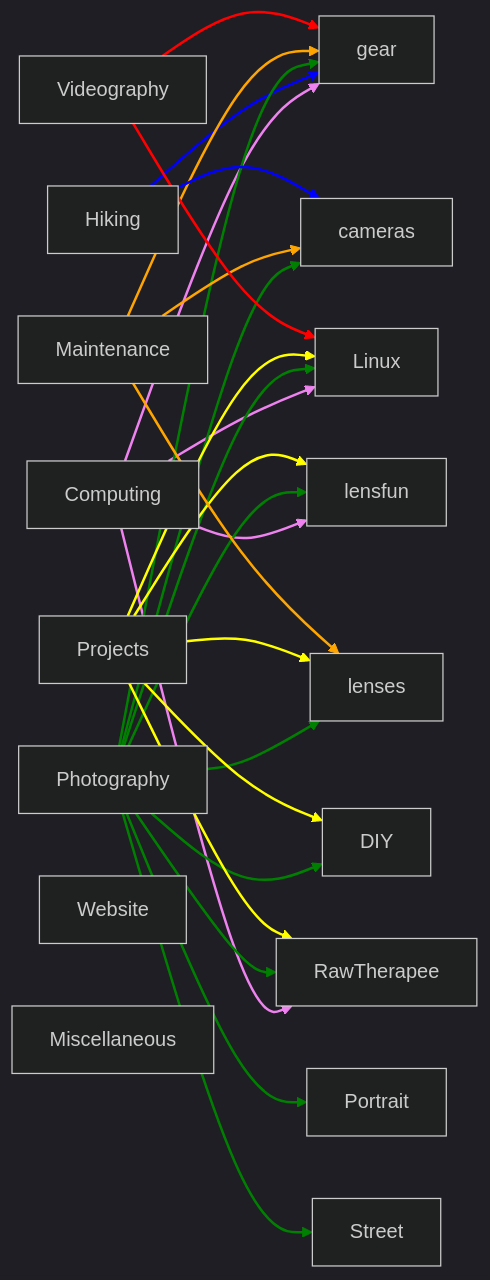
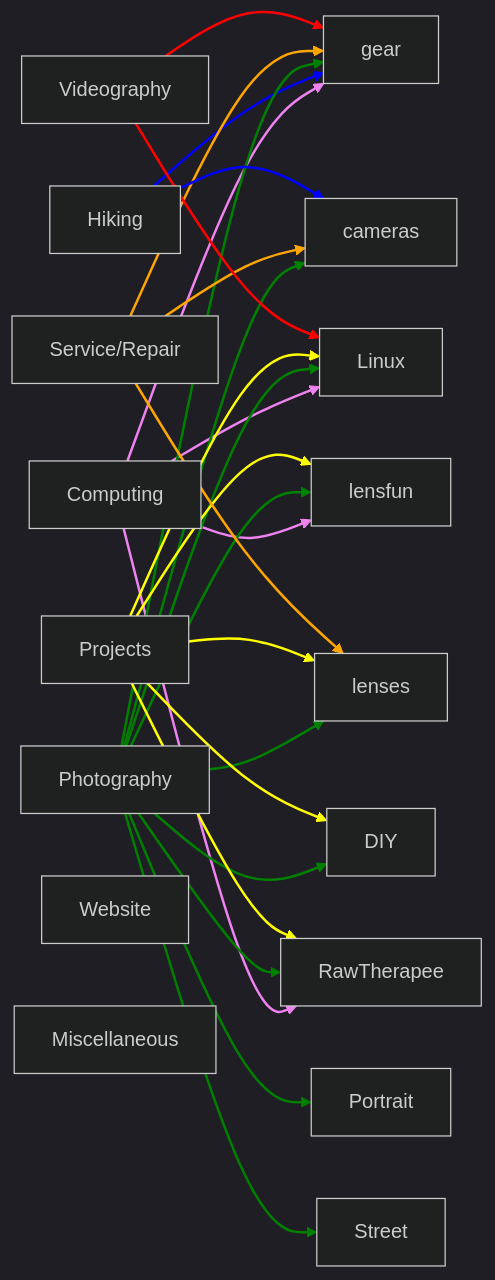
Before and after one commit to martbetz/martbetz.github.io: the diagram in post-tree.md, drawn with Mermaid.

````diff
--- a/post-tree.md
+++ b/post-tree.md
@@ -7,68 +7,68 @@
 ```mermaid
 
 %%{init: {'theme':'dark'}}%%
 
     graph LR
    
     A["Computing"] --> 4["gear"]
     A["Computing"] --> 5["lensfun"]
     A["Computing"] --> 6["Linux"]
     A["Computing"] --> 9["RawTherapee"]
     
     B["Hiking"] --> 4["gear"]
     
     D["Photography"] --> 1["cameras"]
     D["Photography"] --> 2["DIY"]
     D["Photography"] --> 3["lenses"]
     D["Photography"] --> 4["gear"]
     D["Photography"] --> 5["lensfun"]
     D["Photography"] --> 6["Linux"]
     D["Photography"] --> 7["Portrait"]
     D["Photography"] --> 8["Street"]
     D["Photography"] --> 9["RawTherapee"]
     
     E["Projects"] --> 2["DIY"]
     E["Projects"] --> 3["lenses"]
     E["Projects"] --> 5["lensfun"]
     E["Projects"] --> 6["Linux"]
     E["Projects"] --> 9["RawTherapee"]
     
-    F["Maintenance"] --> 1["cameras"]
-    F["Maintenance"] --> 3["lenses"]
-    F["Maintenance"] --> 4["gear"]
+    F["Service/Repair"] --> 1["cameras"]
+    F["Service/Repair"] --> 3["lenses"]
+    F["Service/Repair"] --> 4["gear"]
     
     G["Videography"] --> 4["gear"]
     G["Videography"] --> 6["Linux"]
 
     B["Hiking"] --> 1["cameras"]
 
     H["Website"]
     C["Miscellaneous"]
     
     linkStyle 0 stroke-width:2px,fill:none,stroke:violet;
     linkStyle 1 stroke-width:2px,fill:none,stroke:violet;
     linkStyle 2 stroke-width:2px,fill:none,stroke:violet;
     linkStyle 3 stroke-width:2px,fill:none,stroke:violet;
     linkStyle 4 stroke-width:2px,fill:none,stroke:blue;
     linkStyle 5 stroke-width:2px,fill:none,stroke:green;
     linkStyle 6 stroke-width:2px,fill:none,stroke:green;
     linkStyle 7 stroke-width:2px,fill:none,stroke:green;
     linkStyle 8 stroke-width:2px,fill:none,stroke:green;
     linkStyle 9 stroke-width:2px,fill:none,stroke:green;
     linkStyle 10 stroke-width:2px,fill:none,stroke:green;
     linkStyle 11 stroke-width:2px,fill:none,stroke:green;
     linkStyle 12 stroke-width:2px,fill:none,stroke:green;
     linkStyle 13 stroke-width:2px,fill:none,stroke:green;
     linkStyle 14 stroke-width:2px,fill:none,stroke:yellow;
     linkStyle 15 stroke-width:2px,fill:none,stroke:yellow;
     linkStyle 16 stroke-width:2px,fill:none,stroke:yellow;
     linkStyle 17 stroke-width:2px,fill:none,stroke:yellow;
     linkStyle 18 stroke-width:2px,fill:none,stroke:yellow;
     linkStyle 19 stroke-width:2px,fill:none,stroke:orange;
     linkStyle 20 stroke-width:2px,fill:none,stroke:orange;
     linkStyle 21 stroke-width:2px,fill:none,stroke:orange;
     linkStyle 22 stroke-width:2px,fill:none,stroke:red;
     linkStyle 23 stroke-width:2px,fill:none,stroke:red;
 linkStyle 24 stroke-width:2px,fill:none,stroke:blue;
     
 ```
````
